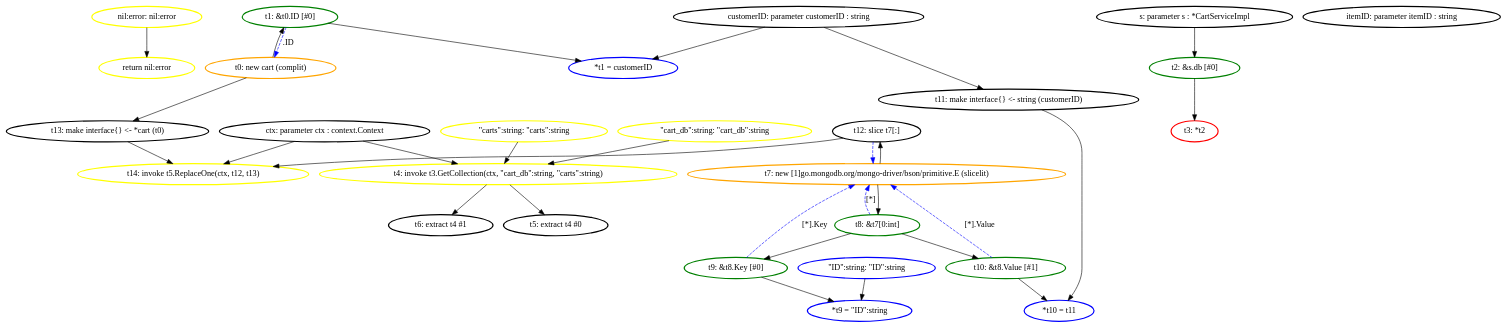
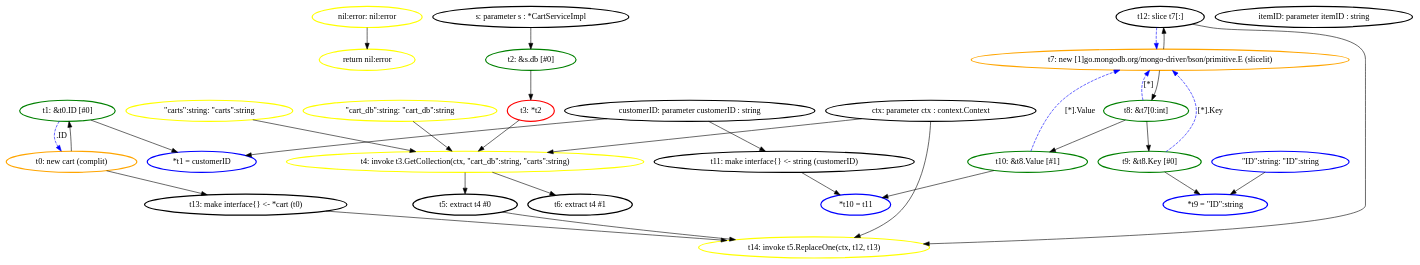
One commit to aletheia-microservices/aletheia changed the diagram in ssa_analysis/analyzer/output/sockshop3/ssagraphs/sockshop3.CartService.RemoveItem.dot. Above: the diagram before and after it, drawn with Graphviz. The commit also changed 381 other files, not shown here.

```diff
--- a/ssa_analysis/analyzer/output/sockshop3/ssagraphs/sockshop3.CartService.RemoveItem.dot
+++ b/ssa_analysis/analyzer/output/sockshop3/ssagraphs/sockshop3.CartService.RemoveItem.dot
@@ -1,63 +1,65 @@
 digraph G {
 	rankdir=TD;
-	N_instr_ret_2760383 [label="return nil:error", style=bold, shape=ellipse, color="yellow"];
-	N_instr_ret_2760383 [label="return nil:error", style=bold, shape=ellipse, color="yellow"];
-	N_instr_store_2760229 [label="*t1 = customerID", style=bold, shape=ellipse, color="blue"];
-	N_instr_store_2760229 [label="*t1 = customerID", style=bold, shape=ellipse, color="blue"];
-	N_instr_store_2760347 [label="*t9 = \"ID\":string", style=bold, shape=ellipse, color="blue"];
-	N_instr_store_2760347 [label="*t9 = \"ID\":string", style=bold, shape=ellipse, color="blue"];
-	N_instr_store_2760360 [label="*t10 = t11", style=bold, shape=ellipse, color="blue"];
-	N_instr_store_2760360 [label="*t10 = t11", style=bold, shape=ellipse, color="blue"];
-	N_nil_1561962347 [label="nil:error: nil:error", style=bold, shape=ellipse, color="yellow"];
+	N_instr_ret_2768735 [label="return nil:error", style=bold, shape=ellipse, color="yellow"];
+	N_instr_ret_2768735 [label="return nil:error", style=bold, shape=ellipse, color="yellow"];
+	N_instr_store_2768581 [label="*t1 = customerID", style=bold, shape=ellipse, color="blue"];
+	N_instr_store_2768581 [label="*t1 = customerID", style=bold, shape=ellipse, color="blue"];
+	N_instr_store_2768699 [label="*t9 = \"ID\":string", style=bold, shape=ellipse, color="blue"];
+	N_instr_store_2768699 [label="*t9 = \"ID\":string", style=bold, shape=ellipse, color="blue"];
+	N_instr_store_2768712 [label="*t10 = t11", style=bold, shape=ellipse, color="blue"];
+	N_instr_store_2768712 [label="*t10 = t11", style=bold, shape=ellipse, color="blue"];
+	N_nil_1664321154 [label="nil:error: nil:error", style=bold, shape=ellipse, color="yellow"];
 	N_val__ID__string [label="\"ID\":string: \"ID\":string", style=bold, shape=ellipse, color="blue"];
 	N_val__cart_db__string [label="\"cart_db\":string: \"cart_db\":string", style=bold, shape=ellipse, color="yellow"];
 	N_val__carts__string [label="\"carts\":string: \"carts\":string", style=bold, shape=ellipse, color="yellow"];
-	N_val_alloc_2760223 [label="t0: new cart (complit)", style=bold, shape=ellipse, color="orange"];
-	N_val_alloc_2760342 [label="t7: new [1]go.mongodb.org/mongo-driver/bson/primitive.E (slicelit)", style=bold, shape=ellipse, color="orange"];
-	N_val_call_2760282 [label="t4: invoke t3.GetCollection(ctx, \"cart_db\":string, \"carts\":string)", style=bold, shape=ellipse, color="yellow"];
-	N_val_call_2760330 [label="t14: invoke t5.ReplaceOne(ctx, t12, t13)", style=bold, shape=ellipse, color="yellow"];
+	N_val_alloc_2768575 [label="t0: new cart (complit)", style=bold, shape=ellipse, color="orange"];
+	N_val_alloc_2768694 [label="t7: new [1]go.mongodb.org/mongo-driver/bson/primitive.E (slicelit)", style=bold, shape=ellipse, color="orange"];
+	N_val_call_2768634 [label="t4: invoke t3.GetCollection(ctx, \"cart_db\":string, \"carts\":string)", style=bold, shape=ellipse, color="yellow"];
+	N_val_call_2768682 [label="t14: invoke t5.ReplaceOne(ctx, t12, t13)", style=bold, shape=ellipse, color="yellow"];
 	N_val_extrt5 [label="t5: extract t4 #0", style=bold, shape=ellipse, color="black"];
 	N_val_extrt6 [label="t6: extract t4 #1", style=bold, shape=ellipse, color="black"];
-	N_val_field_2760229 [label="t1: &t0.ID [#0]", style=bold, shape=ellipse, color="green"];
-	N_val_field_2760266 [label="t2: &s.db [#0]", style=bold, shape=ellipse, color="green"];
-	N_val_field_2760347 [label="t9: &t8.Key [#0]", style=bold, shape=ellipse, color="green"];
-	N_val_field_2760360 [label="t10: &t8.Value [#1]", style=bold, shape=ellipse, color="green"];
+	N_val_field_2768581 [label="t1: &t0.ID [#0]", style=bold, shape=ellipse, color="green"];
+	N_val_field_2768618 [label="t2: &s.db [#0]", style=bold, shape=ellipse, color="green"];
+	N_val_field_2768699 [label="t9: &t8.Key [#0]", style=bold, shape=ellipse, color="green"];
+	N_val_field_2768712 [label="t10: &t8.Value [#1]", style=bold, shape=ellipse, color="green"];
 	N_val_ifacet11 [label="t11: make interface{} <- string (customerID)", style=bold, shape=ellipse, color="black"];
 	N_val_ifacet13 [label="t13: make interface{} <- *cart (t0)", style=bold, shape=ellipse, color="black"];
 	N_val_indext8 [label="t8: &t7[0:int]", style=bold, shape=ellipse, color="green"];
-	N_val_param_2760115 [label="s: parameter s : *CartServiceImpl", style=bold, shape=ellipse, color="black"];
-	N_val_param_2760146 [label="ctx: parameter ctx : context.Context", style=bold, shape=ellipse, color="black"];
-	N_val_param_2760167 [label="customerID: parameter customerID : string", style=bold, shape=ellipse, color="black"];
-	N_val_param_2760186 [label="itemID: parameter itemID : string", style=bold, shape=ellipse, color="black"];
-	N_val_slice_2760342 [label="t12: slice t7[:]", style=bold, shape=ellipse, color="black"];
-	N_val_unary_2760266 [label="t3: *t2", style=bold, shape=ellipse, color="red"];
-	N_val_alloc_2760223 -> N_val_field_2760229;
-	N_val_field_2760229 -> N_instr_store_2760229;
-	N_val_param_2760167 -> N_instr_store_2760229;
-	N_val_param_2760115 -> N_val_field_2760266;
-	N_val_field_2760266 -> N_val_unary_2760266;
-	N_val_param_2760146 -> N_val_call_2760282;
-	N_val__cart_db__string -> N_val_call_2760282;
-	N_val__carts__string -> N_val_call_2760282;
-	N_val_call_2760282 -> N_val_extrt5;
-	N_val_call_2760282 -> N_val_extrt6;
-	N_val_alloc_2760342 -> N_val_indext8;
-	N_val_indext8 -> N_val_field_2760347;
-	N_val_indext8 -> N_val_field_2760360;
-	N_val_field_2760347 -> N_instr_store_2760347;
-	N_val__ID__string -> N_instr_store_2760347;
-	N_val_param_2760167 -> N_val_ifacet11;
-	N_val_field_2760360 -> N_instr_store_2760360;
-	N_val_ifacet11 -> N_instr_store_2760360;
-	N_val_alloc_2760342 -> N_val_slice_2760342;
-	N_val_alloc_2760223 -> N_val_ifacet13;
-	N_val_param_2760146 -> N_val_call_2760330;
-	N_val_slice_2760342 -> N_val_call_2760330;
-	N_val_ifacet13 -> N_val_call_2760330;
-	N_nil_1561962347 -> N_instr_ret_2760383;
-	N_val_field_2760347 -> N_val_alloc_2760342 [label="[*].Key", style=dashed, color=blue];
-	N_val_indext8 -> N_val_alloc_2760342 [label="[*]", style=dashed, color=blue];
-	N_val_slice_2760342 -> N_val_alloc_2760342 [label="", style=dashed, color=blue];
-	N_val_field_2760360 -> N_val_alloc_2760342 [label="[*].Value", style=dashed, color=blue];
-	N_val_field_2760229 -> N_val_alloc_2760223 [label=".ID", style=dashed, color=blue];
+	N_val_param_2768467 [label="s: parameter s : *CartServiceImpl", style=bold, shape=ellipse, color="black"];
+	N_val_param_2768498 [label="ctx: parameter ctx : context.Context", style=bold, shape=ellipse, color="black"];
+	N_val_param_2768519 [label="customerID: parameter customerID : string", style=bold, shape=ellipse, color="black"];
+	N_val_param_2768538 [label="itemID: parameter itemID : string", style=bold, shape=ellipse, color="black"];
+	N_val_slice_2768694 [label="t12: slice t7[:]", style=bold, shape=ellipse, color="black"];
+	N_val_unary_2768618 [label="t3: *t2", style=bold, shape=ellipse, color="red"];
+	N_val_alloc_2768575 -> N_val_field_2768581;
+	N_val_field_2768581 -> N_instr_store_2768581;
+	N_val_param_2768519 -> N_instr_store_2768581;
+	N_val_param_2768467 -> N_val_field_2768618;
+	N_val_field_2768618 -> N_val_unary_2768618;
+	N_val_param_2768498 -> N_val_call_2768634;
+	N_val__cart_db__string -> N_val_call_2768634;
+	N_val__carts__string -> N_val_call_2768634;
+	N_val_unary_2768618 -> N_val_call_2768634;
+	N_val_call_2768634 -> N_val_extrt5;
+	N_val_call_2768634 -> N_val_extrt6;
+	N_val_alloc_2768694 -> N_val_indext8;
+	N_val_indext8 -> N_val_field_2768699;
+	N_val_indext8 -> N_val_field_2768712;
+	N_val_field_2768699 -> N_instr_store_2768699;
+	N_val__ID__string -> N_instr_store_2768699;
+	N_val_param_2768519 -> N_val_ifacet11;
+	N_val_field_2768712 -> N_instr_store_2768712;
+	N_val_ifacet11 -> N_instr_store_2768712;
+	N_val_alloc_2768694 -> N_val_slice_2768694;
+	N_val_alloc_2768575 -> N_val_ifacet13;
+	N_val_param_2768498 -> N_val_call_2768682;
+	N_val_slice_2768694 -> N_val_call_2768682;
+	N_val_ifacet13 -> N_val_call_2768682;
+	N_val_extrt5 -> N_val_call_2768682;
+	N_nil_1664321154 -> N_instr_ret_2768735;
+	N_val_field_2768581 -> N_val_alloc_2768575 [label=".ID", style=dashed, color=blue];
+	N_val_field_2768712 -> N_val_alloc_2768694 [label="[*].Value", style=dashed, color=blue];
+	N_val_field_2768699 -> N_val_alloc_2768694 [label="[*].Key", style=dashed, color=blue];
+	N_val_indext8 -> N_val_alloc_2768694 [label="[*]", style=dashed, color=blue];
+	N_val_slice_2768694 -> N_val_alloc_2768694 [label="", style=dashed, color=blue];
 }
```
